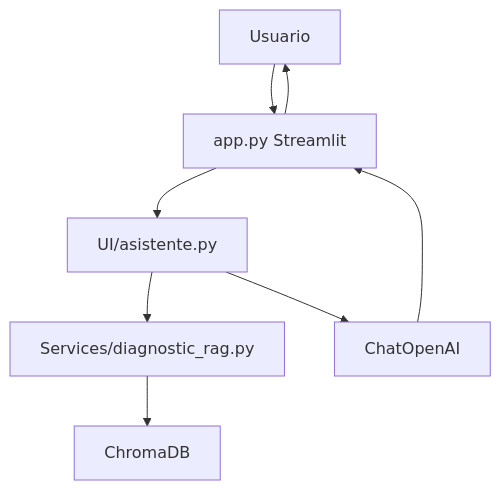
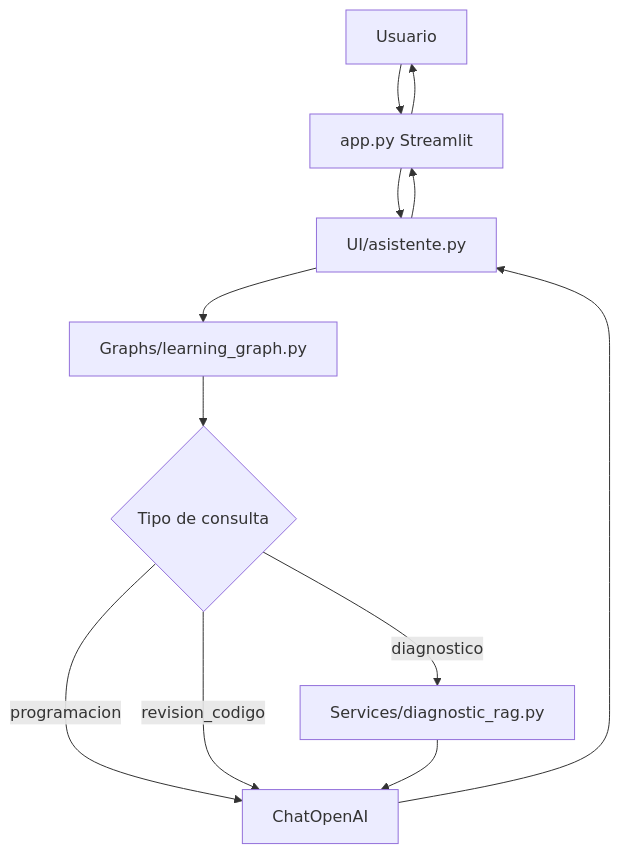
Before and after one commit to jose6668/IA-Lanchaing: the first of 2 diagrams in README.md, drawn with Mermaid. The commit also changed other lines of this file and 21 other files, not shown here.

````diff
--- a/README.md
+++ b/README.md
@@ -69,10 +75,14 @@
 ```mermaid
 flowchart TD
     U[Usuario] --> APP[app.py Streamlit]
-    APP --> A[UI/asistente.py]
-    A --> RAG[Services/diagnostic_rag.py]
-    RAG --> CH[ChromaDB]
-    A --> LLM[ChatOpenAI]
-    LLM --> APP
+    APP --> UI[UI/asistente.py]
+    UI --> G[Graphs/learning_graph.py]
+    G --> C{Tipo de consulta}
+    C -->|diagnostico| RAG[Services/diagnostic_rag.py]
+    C -->|programacion| LLM[ChatOpenAI]
+    C -->|revision_codigo| LLM
+    RAG --> LLM
+    LLM --> UI
+    UI --> APP
     APP --> U
 ```
````
